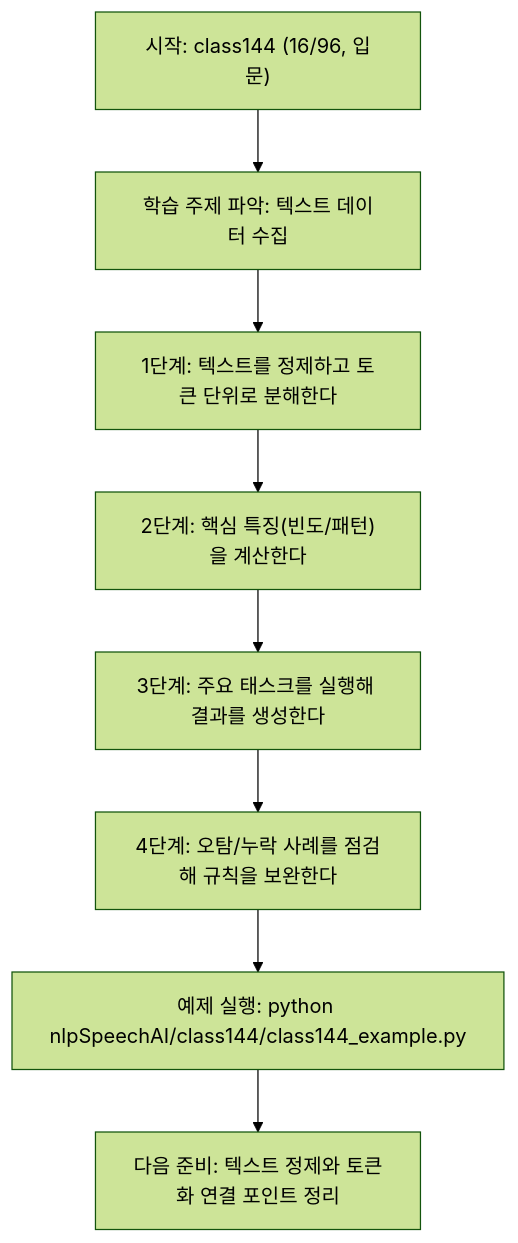
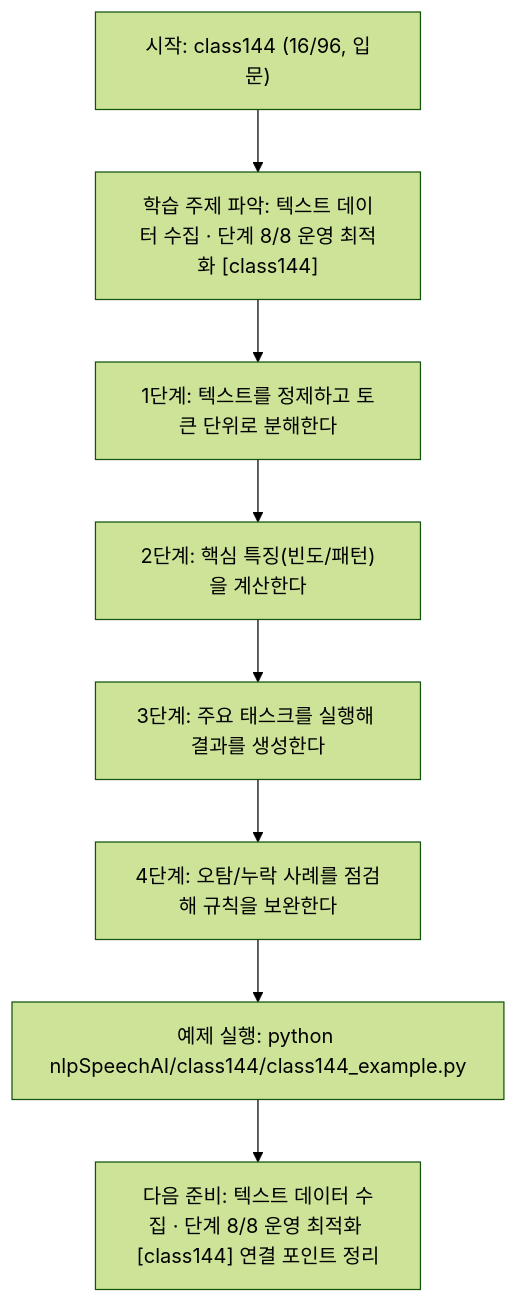
Before and after one commit to edumgt/Python-AI_Agent-Class: the diagram in nlpSpeechAI/class144/class144.md, drawn with Mermaid (forest theme). The commit also changed other lines of this file and 522 other files, not shown here.

````diff
--- a/nlpSpeechAI/class144/class144.md
+++ b/nlpSpeechAI/class144/class144.md
@@ -113,18 +114,18 @@
 ```mermaid
 flowchart TD
 N1["시작: class144 (16/96, 입문)"]
-N2["학습 주제 파악: 텍스트 데이터 수집"]
+N2["학습 주제 파악: 텍스트 데이터 수집 · 단계 8/8 운영 최적화 [class144]"]
 N3["1단계: 텍스트를 정제하고 토큰 단위로 분해한다"]
 N4["2단계: 핵심 특징(빈도/패턴)을 계산한다"]
 N5["3단계: 주요 태스크를 실행해 결과를 생성한다"]
 N6["4단계: 오탐/누락 사례를 점검해 규칙을 보완한다"]
 N7["예제 실행: python nlpSpeechAI/class144/class144_example.py"]
-N8["다음 준비: 텍스트 정제와 토큰화 연결 포인트 정리"]
+N8["다음 준비: 텍스트 데이터 수집 · 단계 8/8 운영 최적화 [class144] 연결 포인트 정리"]
 N1 --> N2
 N2 --> N3
 N3 --> N4
 N4 --> N5
 N5 --> N6
 N6 --> N7
 N7 --> N8
 ```
````
